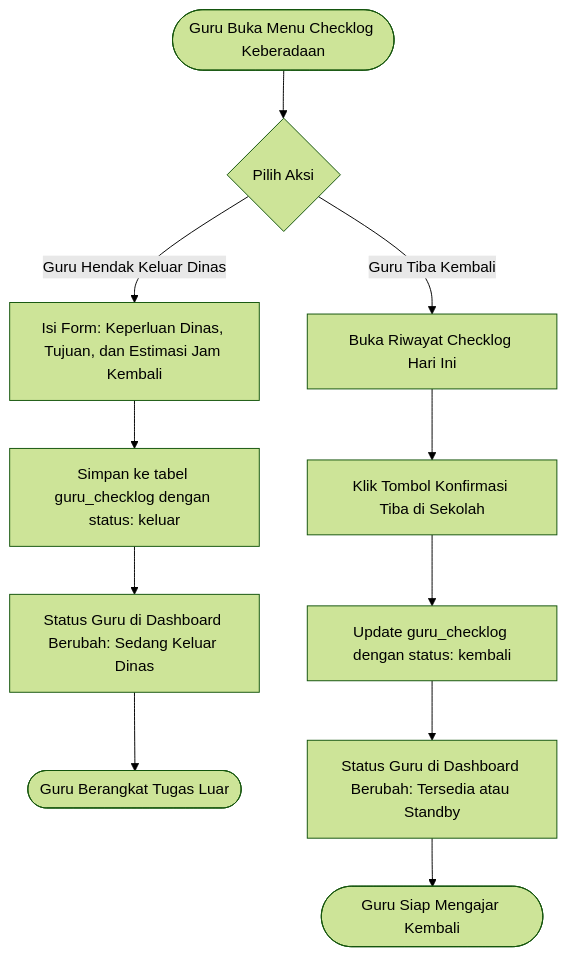
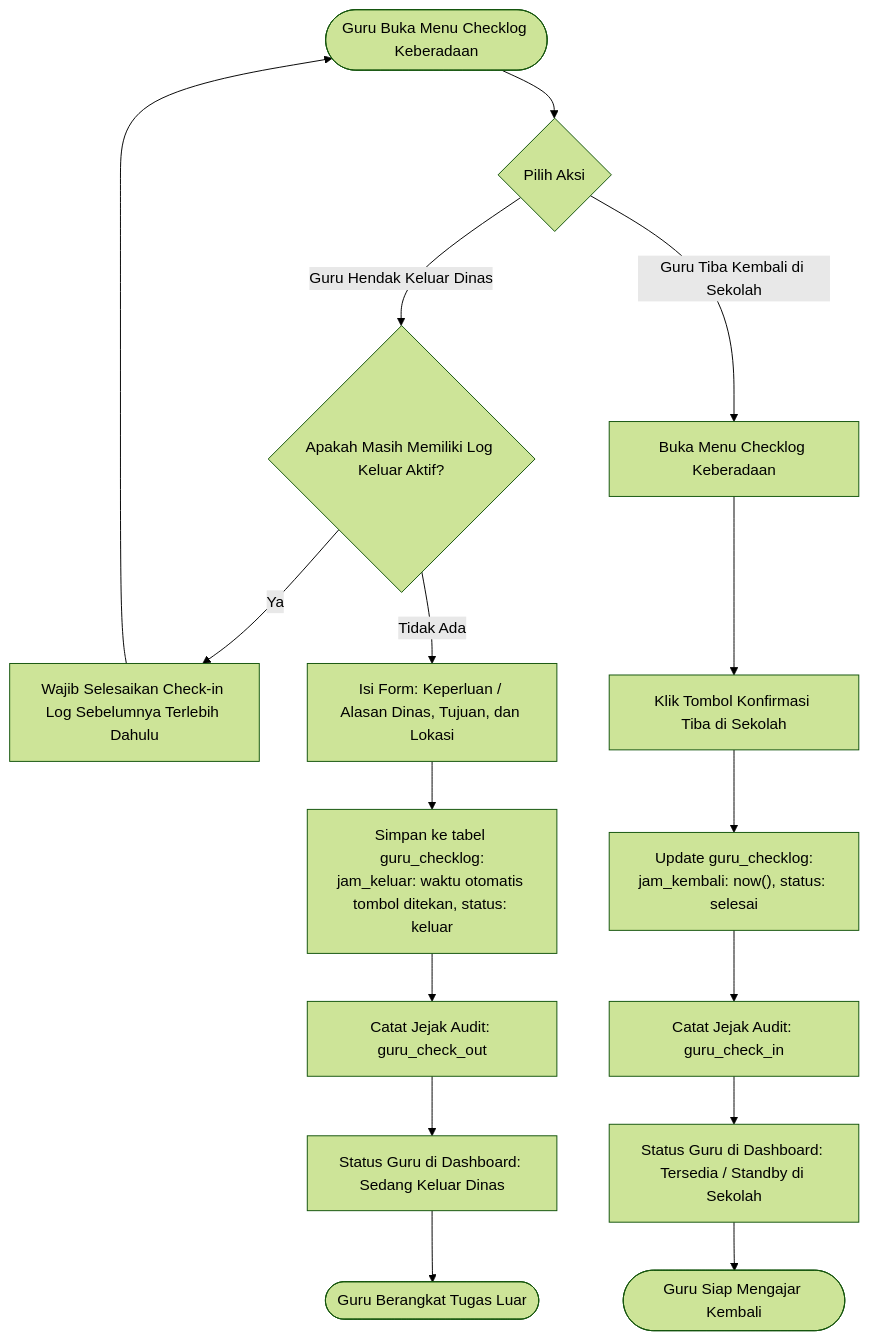
Before and after one commit to Zainal29/Didispen: the fifth of 7 diagrams in FLOWCHART.MD, drawn with Mermaid (forest theme). The commit also changed other lines of this file and 3 other files, not shown here.

Commit message:
feat : perbarui README & FLOWCHART & ERD & SCRUM

````diff
--- a/FLOWCHART.MD
+++ b/FLOWCHART.MD
@@ -199,15 +219,21 @@
 ```mermaid
 flowchart TD
     StartGuru(["Guru Buka Menu Checklog Keberadaan"]) --> ActionChoice{"Pilih Aksi"}
     
-    ActionChoice -- "Guru Hendak Keluar Dinas" --> FillChecklog["Isi Form: Keperluan Dinas, Tujuan, dan Estimasi Jam Kembali"]
-    FillChecklog --> SaveOut["Simpan ke tabel guru_checklog dengan status: keluar"]
-    SaveOut --> UpdateStatusGuru["Status Guru di Dashboard Berubah: Sedang Keluar Dinas"]
+    ActionChoice -- "Guru Hendak Keluar Dinas" --> CheckActiveLog{"Apakah Masih Memiliki Log Keluar Aktif?"}
+    CheckActiveLog -- "Ya" --> AlertFinish["Wajib Selesaikan Check-in Log Sebelumnya Terlebih Dahulu"]
+    AlertFinish --> StartGuru
+
+    CheckActiveLog -- "Tidak Ada" --> FillChecklog["Isi Form: Keperluan / Alasan Dinas, Tujuan, dan Lokasi"]
+    FillChecklog --> SaveOut["Simpan ke tabel guru_checklog:<br/>jam_keluar: waktu otomatis tombol ditekan, status: keluar"]
+    SaveOut --> AuditOut["Catat Jejak Audit: guru_check_out"]
+    AuditOut --> UpdateStatusGuru["Status Guru di Dashboard: Sedang Keluar Dinas"]
     UpdateStatusGuru --> EndCheckOut(["Guru Berangkat Tugas Luar"])
 
-    ActionChoice -- "Guru Tiba Kembali" --> OpenHistory["Buka Riwayat Checklog Hari Ini"]
+    ActionChoice -- "Guru Tiba Kembali di Sekolah" --> OpenHistory["Buka Menu Checklog Keberadaan"]
     OpenHistory --> ClickKembali["Klik Tombol Konfirmasi Tiba di Sekolah"]
-    ClickKembali --> SaveIn["Update guru_checklog dengan status: kembali"]
-    SaveIn --> ResetStatusGuru["Status Guru di Dashboard Berubah: Tersedia atau Standby"]
+    ClickKembali --> SaveIn["Update guru_checklog:<br/>jam_kembali: now(), status: selesai"]
+    SaveIn --> AuditIn["Catat Jejak Audit: guru_check_in"]
+    AuditIn --> ResetStatusGuru["Status Guru di Dashboard: Tersedia / Standby di Sekolah"]
     ResetStatusGuru --> EndCheckIn(["Guru Siap Mengajar Kembali"])
 ```
````
